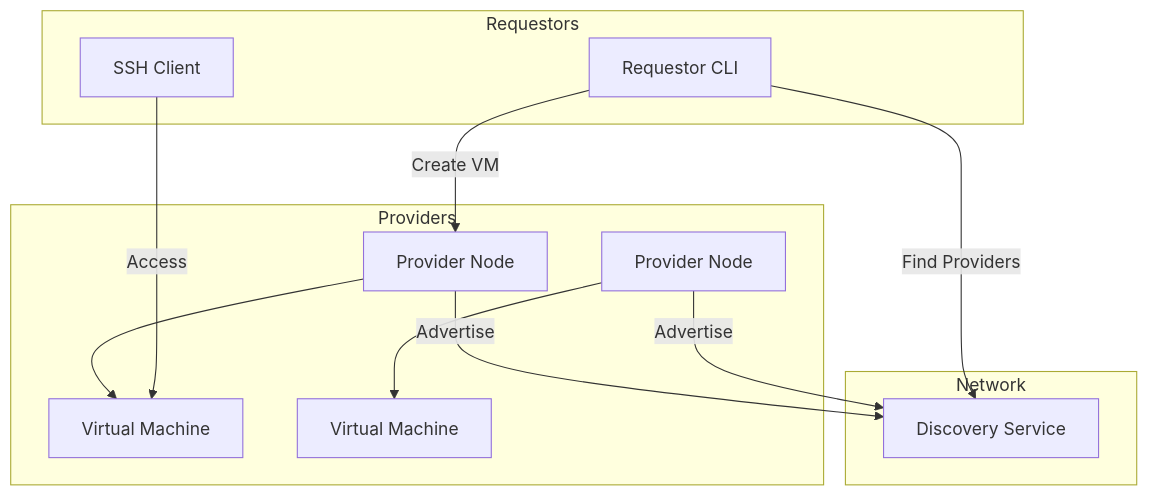
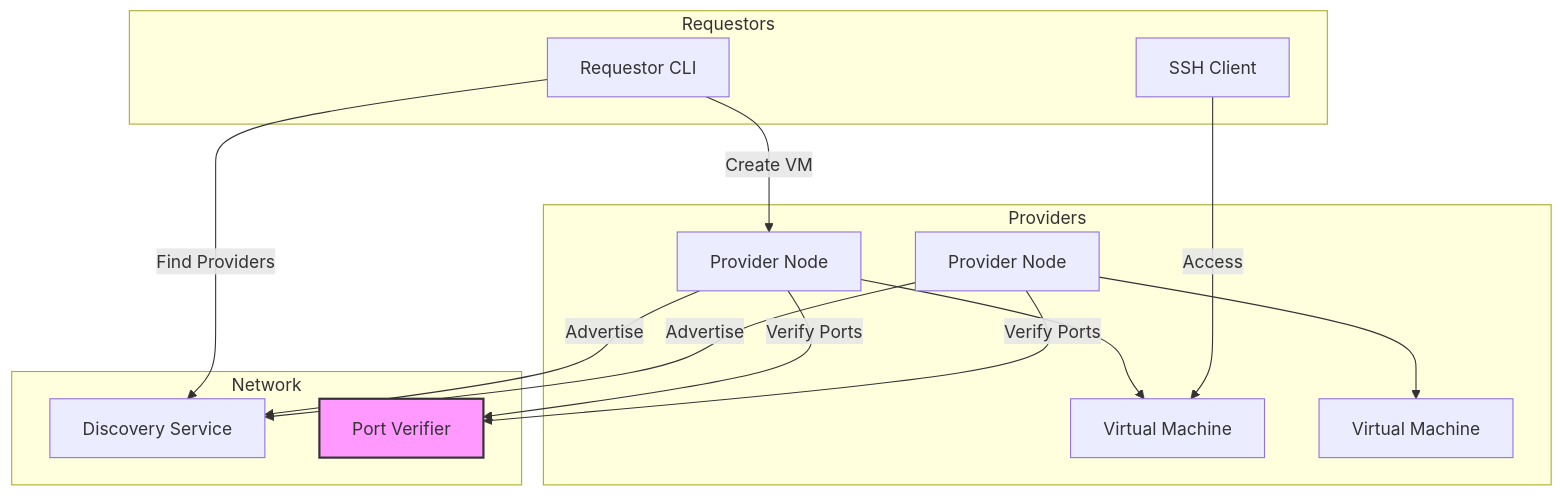
Before and after one commit to cryptobench/vm-on-golem: the second of 3 diagrams in README.md, drawn with Mermaid. The commit also changed other lines of this file and 3 other files, not shown here.

Commit message:
documentation port verifier.

````diff
--- a/README.md
+++ b/README.md
@@ -88,25 +90,29 @@
 ```mermaid
 graph TB
     subgraph Network
         D[Discovery Service]
+        PV[Port Verifier]
     end
 
     subgraph Providers
         P1[Provider Node]
         P2[Provider Node]
         VM1[Virtual Machine]
         VM2[Virtual Machine]
         P1 --> VM1
         P2 --> VM2
     end
 
     subgraph Requestors
         R[Requestor CLI]
         SSH[SSH Client]
     end
 
+    P1 & P2 -->|Verify Ports| PV
     P1 & P2 -->|Advertise| D
     R -->|Find Providers| D
     R -->|Create VM| P1
     SSH -->|Access| VM1
+
+    style PV fill:#f9f,stroke:#333,stroke-width:2px
 ```
````
